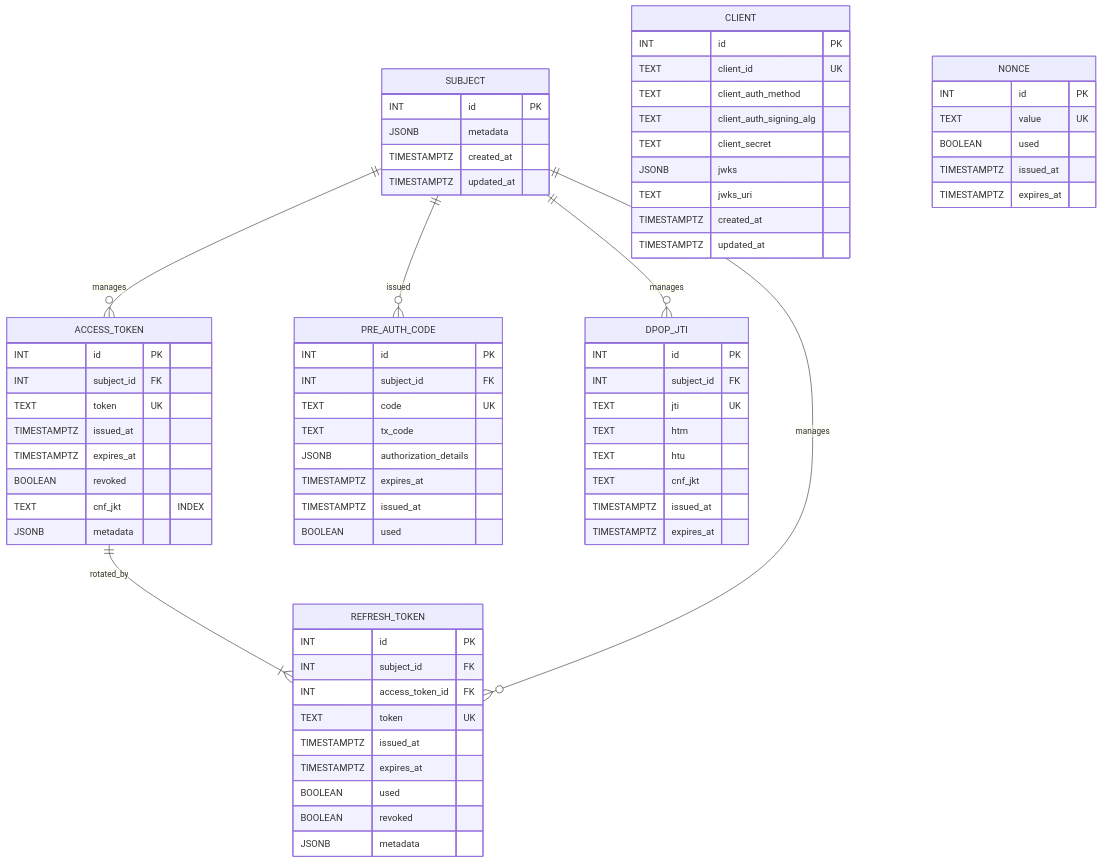
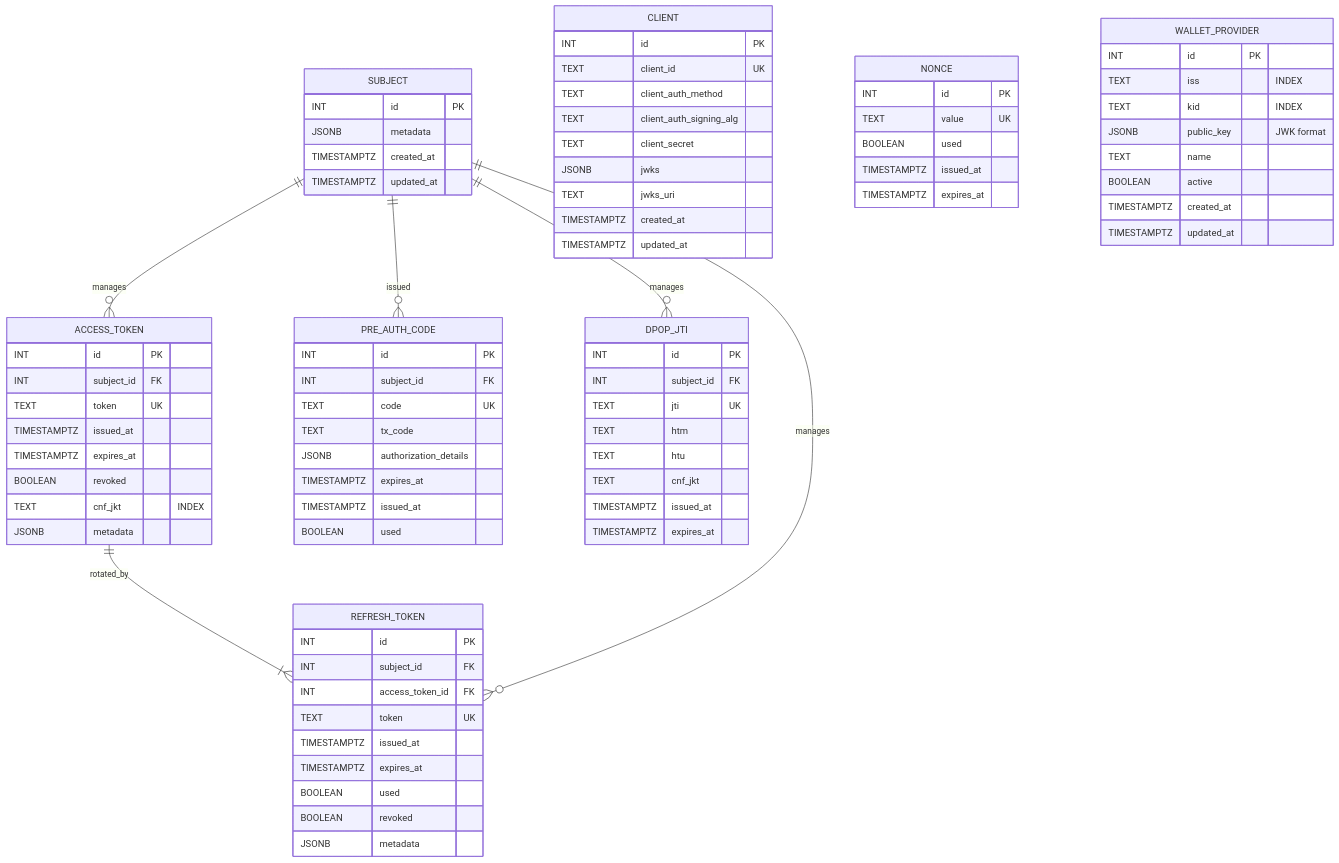
One commit to weiiv/acapy-plugins changed the eighth of 8 diagrams in oid4vc/auth_server/docs/auth-server-design.md. Above: the diagram before and after it, drawn with Mermaid. The commit also changed other lines of this file, not shown here.

Commit message:
docs: attestation design using wallet provider's kid

````diff
--- a/oid4vc/auth_server/docs/auth-server-design.md
+++ b/oid4vc/auth_server/docs/auth-server-design.md
@@ -750,4 +809,15 @@
         TIMESTAMPTZ created_at
         TIMESTAMPTZ updated_at
     }
+
+    WALLET_PROVIDER {
+        INT id PK
+        TEXT iss "INDEX"
+        TEXT kid "INDEX"
+        JSONB public_key "JWK format"
+        TEXT name
+        BOOLEAN active
+        TIMESTAMPTZ created_at
+        TIMESTAMPTZ updated_at
+    }
 ```
````
